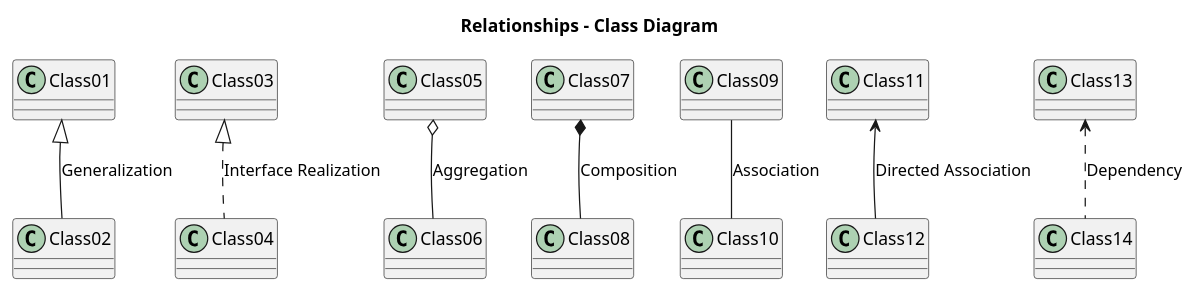
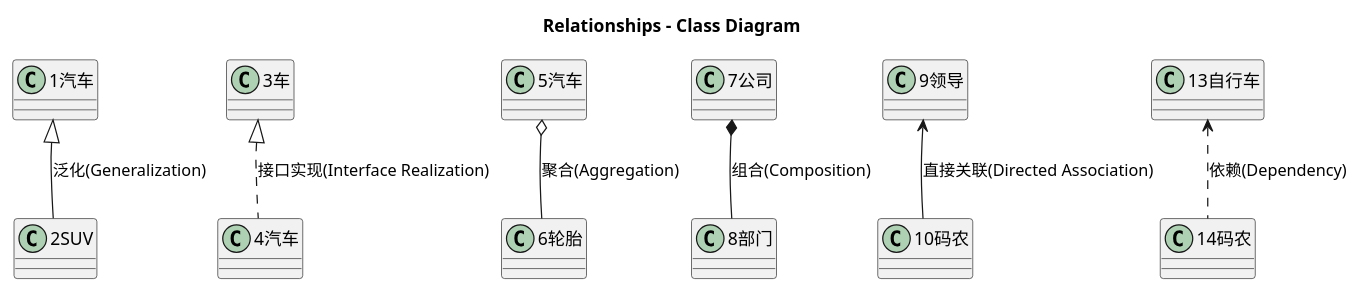
The first of 2 diagrams in sw_eng/uml.md (idmshawn/learning_notes), drawn with PlantUML before and after one commit.

Commit message:
Update uml.md
up

````diff
--- a/sw_eng/uml.md
+++ b/sw_eng/uml.md
@@ -28,15 +28,24 @@
 ```plantuml
-@startuml
-
 title Relationships - Class Diagram
 
-Class01 <|-- Class02: Generalization
-Class03 <|.. Class04: Interface Realization
-Class05 o-- Class06: Aggregation
-Class07 *-- Class08: Composition
-Class09 -- Class10: Association
-Class11 <-- Class12: Directed Association
-Class13 <.. Class14: Dependency
-@enduml
+class 1汽车
+class 2SUV
+class 3车
+class 4汽车
+class 5汽车
+class 6轮胎
+class 7公司
+class 8部门
+class 9领导
+class 10码农
+class 13自行车
+class 14码农
+
+1汽车 <|-- 2SUV: 泛化(Generalization)
+3车 <|.. 4汽车: 接口实现(Interface Realization)
+5汽车 o-- 6轮胎: 聚合(Aggregation)
+7公司 *-- 8部门: 组合(Composition)
+9领导 <-- 10码农: 直接关联(Directed Association)
+13自行车 <.. 14码农: 依赖(Dependency)
 
 ```
````
